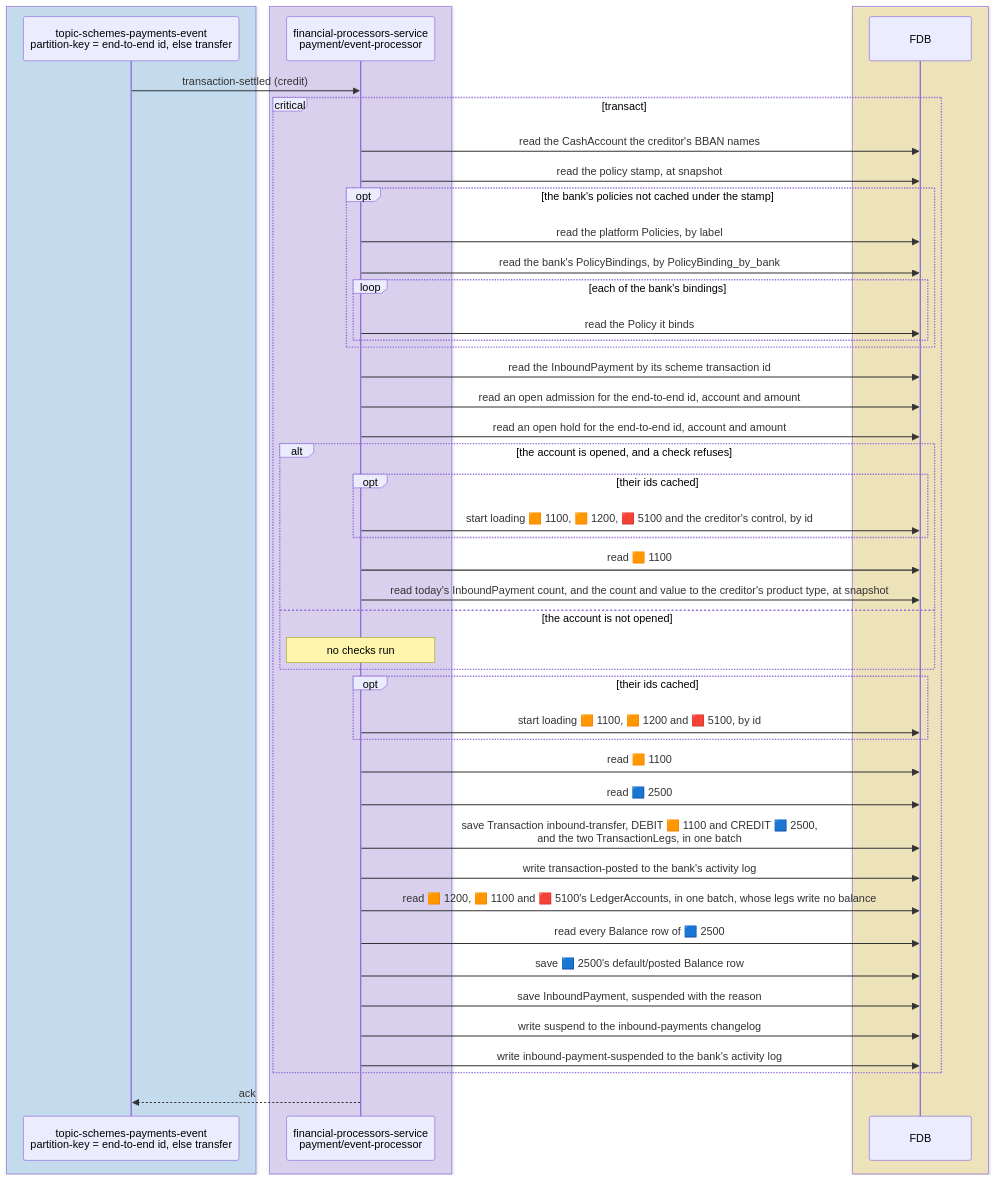
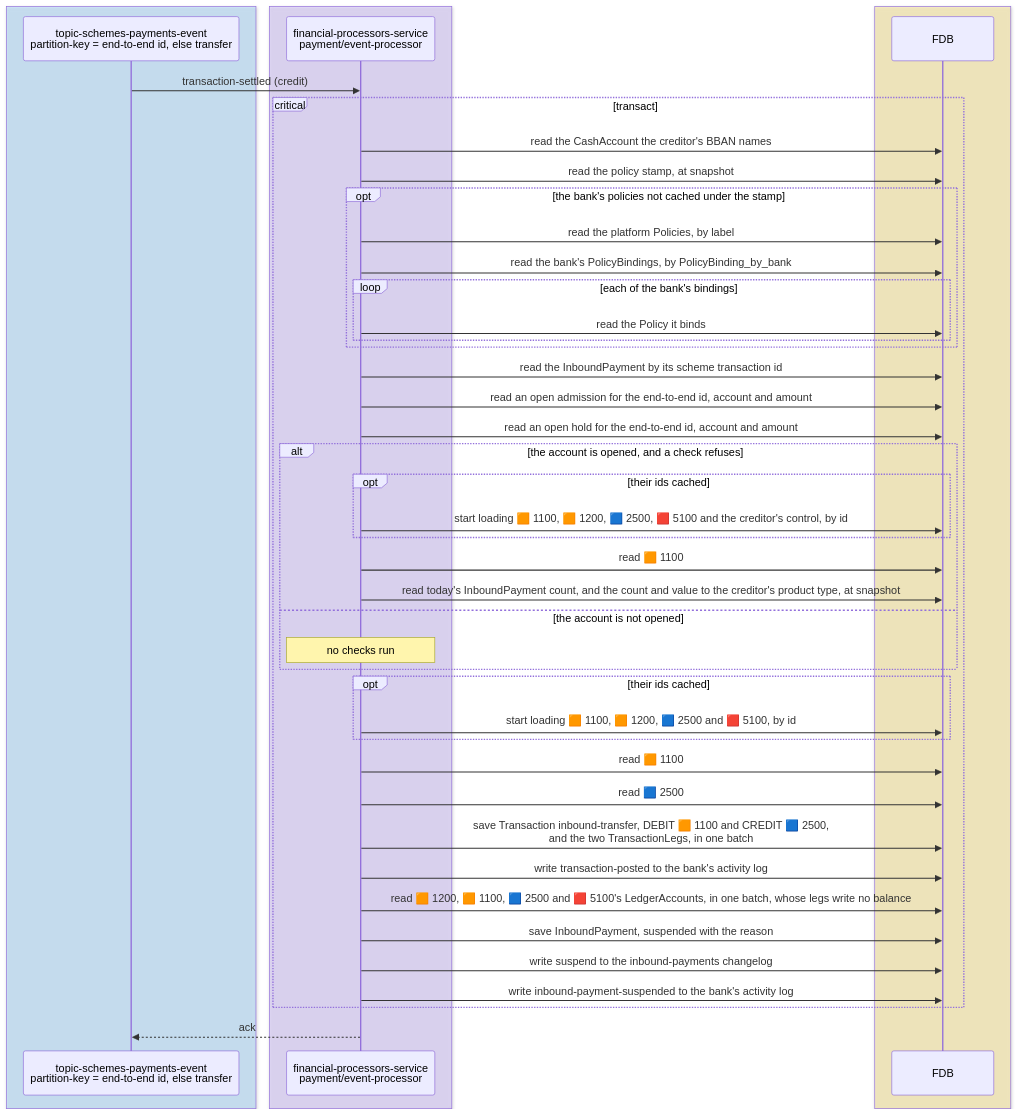
One commit to repldriven/queenswood changed the fifth of 16 diagrams in docs/tdd/payments-inbound.md. Above: the diagram before and after it, drawn with Mermaid. The commit also changed other lines of this file and 48 other files, not shown here.

First line of the commit message:
Sum suspense from its legs, have ledger accounts and balances accept a posting's legs, and require a leg's product type (#880)

````diff
--- a/docs/tdd/payments-inbound.md
+++ b/docs/tdd/payments-inbound.md
@@ -284,50 +284,48 @@
 ```mermaid
 sequenceDiagram
     box rgba(165, 216, 255, 0.45)
     participant SE as topic-schemes-payments-event<br/>partition-key = end-to-end id, else transfer
     end
     box rgba(208, 191, 255, 0.45)
     participant PE as financial-processors-service<br/>payment/event-processor
     end
     box rgba(255, 236, 153, 0.5)
     participant DB as FDB
     end
     SE->>PE: transaction-settled (credit)
     critical transact
     PE->>DB: read the CashAccount the creditor's BBAN names
     PE->>DB: read the policy stamp, at snapshot
     opt the bank's policies not cached under the stamp
     PE->>DB: read the platform Policies, by label
     PE->>DB: read the bank's PolicyBindings, by PolicyBinding_by_bank
     loop each of the bank's bindings
     PE->>DB: read the Policy it binds
     end
     end
     PE->>DB: read the InboundPayment by its scheme transaction id
     PE->>DB: read an open admission for the end-to-end id, account and amount
     PE->>DB: read an open hold for the end-to-end id, account and amount
     alt the account is opened, and a check refuses
     opt their ids cached
-    PE->>DB: start loading 🟧 1100, 🟧 1200, 🟥 5100 and the creditor's control, by id
+    PE->>DB: start loading 🟧 1100, 🟧 1200, 🟦 2500, 🟥 5100 and the creditor's control, by id
     end
     PE->>DB: read 🟧 1100
     PE->>DB: read today's InboundPayment count, and the count and value to the creditor's product type, at snapshot
     else the account is not opened
     Note over PE: no checks run
     end
     opt their ids cached
-    PE->>DB: start loading 🟧 1100, 🟧 1200 and 🟥 5100, by id
+    PE->>DB: start loading 🟧 1100, 🟧 1200, 🟦 2500 and 🟥 5100, by id
     end
     PE->>DB: read 🟧 1100
     PE->>DB: read 🟦 2500
     PE->>DB: save Transaction inbound-transfer, DEBIT 🟧 1100 and CREDIT 🟦 2500,<br/>and the two TransactionLegs, in one batch
     PE->>DB: write transaction-posted to the bank's activity log
-    PE->>DB: read 🟧 1200, 🟧 1100 and 🟥 5100's LedgerAccounts, in one batch, whose legs write no balance
-    PE->>DB: read every Balance row of 🟦 2500
-    PE->>DB: save 🟦 2500's default/posted Balance row
+    PE->>DB: read 🟧 1200, 🟧 1100, 🟦 2500 and 🟥 5100's LedgerAccounts, in one batch, whose legs write no balance
     PE->>DB: save InboundPayment, suspended with the reason
     PE->>DB: write suspend to the inbound-payments changelog
     PE->>DB: write inbound-payment-suspended to the bank's activity log
     end
     PE-->>SE: ack
 ```
````
